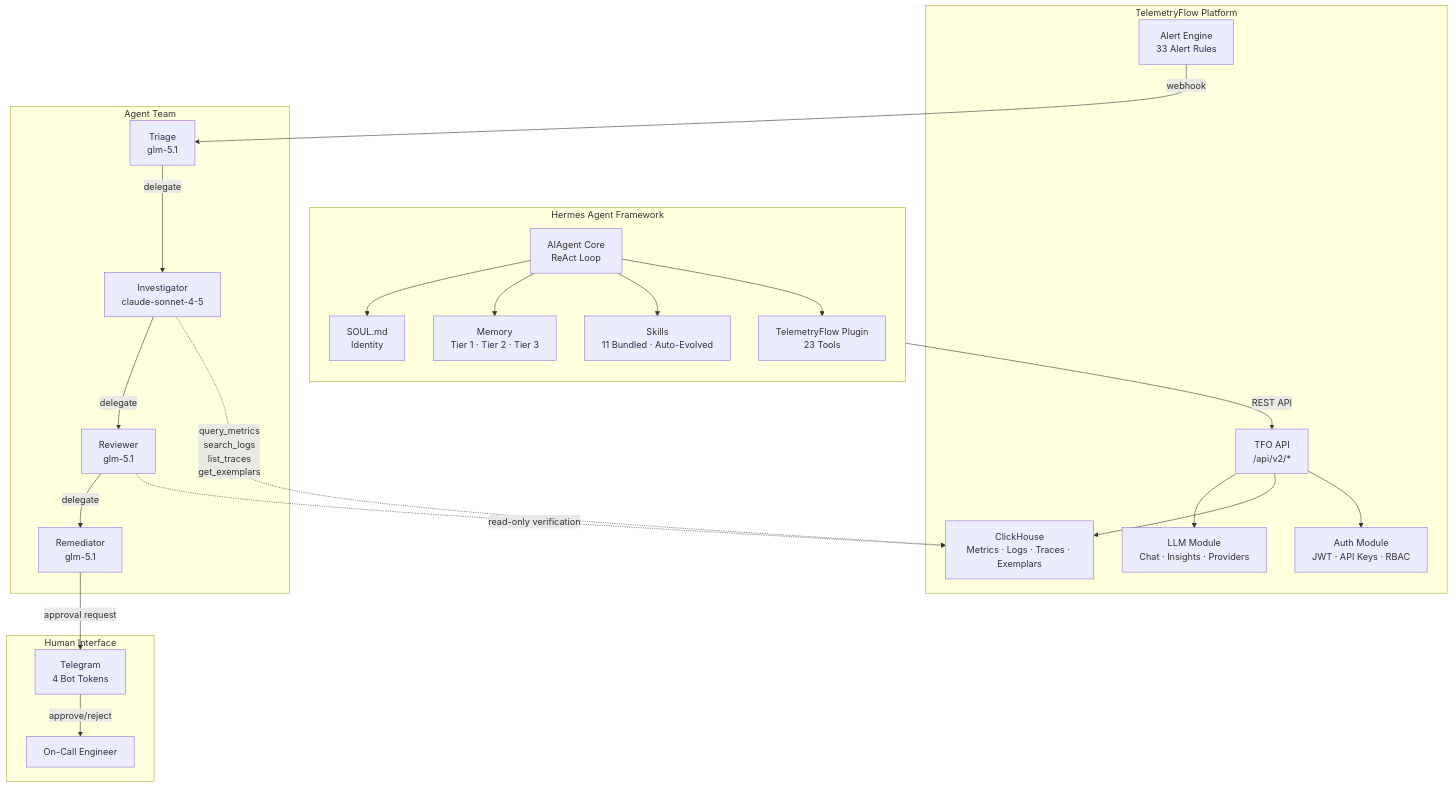
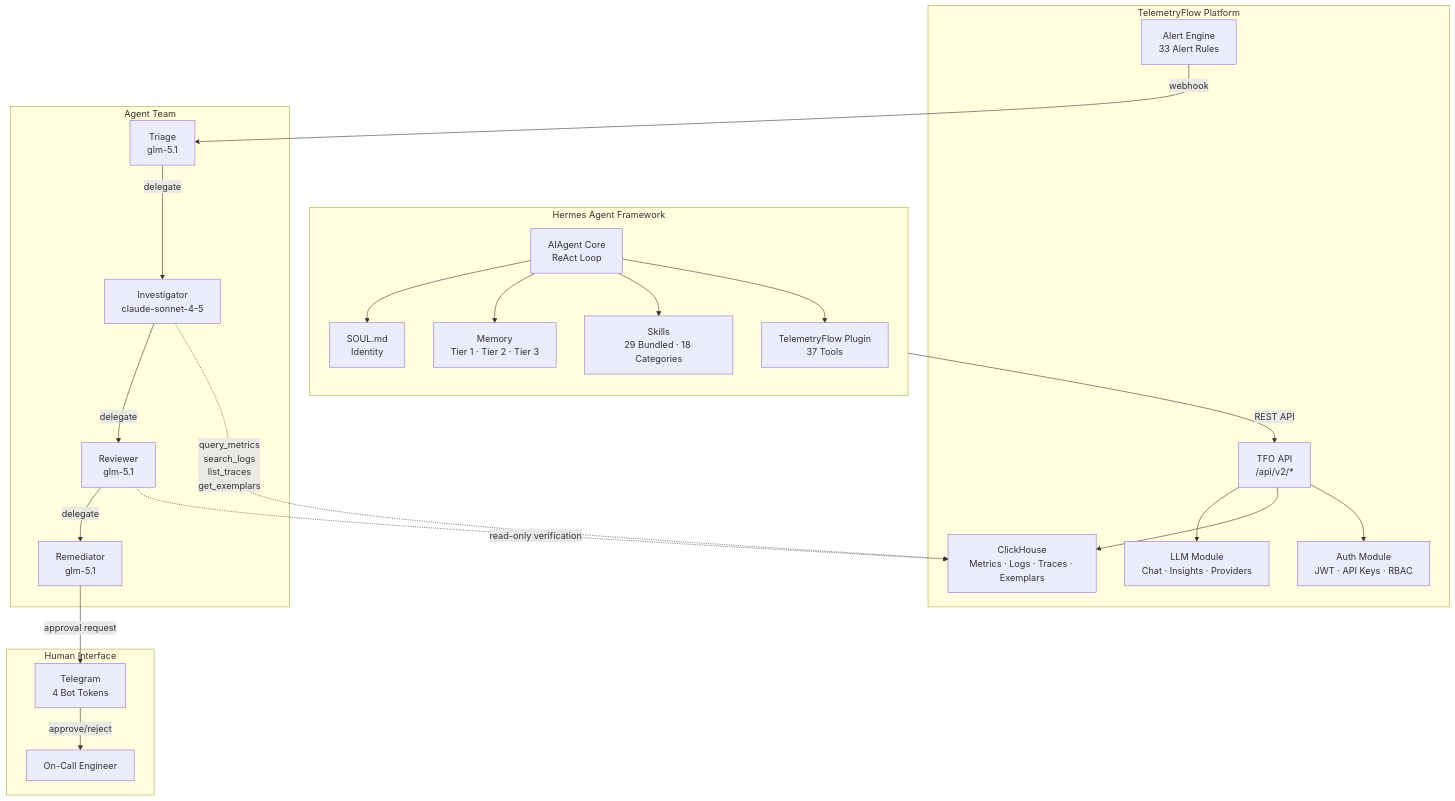
Before and after one commit to telemetryflow/telemetryflow-hermes: the first of 3 diagrams in docs/architecture.md, drawn with Mermaid. The commit also changed other lines of this file and 26 other files, not shown here.

````diff
--- a/docs/architecture.md
+++ b/docs/architecture.md
@@ -7,51 +7,51 @@
 ```mermaid
 graph TB
     subgraph "TelemetryFlow Platform"
         TFO_API["TFO API<br/>/api/v2/*"]
         TFO_LLM["LLM Module<br/>Chat · Insights · Providers"]
         TFO_CH["ClickHouse<br/>Metrics · Logs · Traces · Exemplars"]
         TFO_ALERT["Alert Engine<br/>33 Alert Rules"]
         TFO_AUTH["Auth Module<br/>JWT · API Keys · RBAC"]
     end
 
     subgraph "Hermes Agent Framework"
         direction TB
         H_CORE["AIAgent Core<br/>ReAct Loop"]
         H_SOUL["SOUL.md<br/>Identity"]
         H_MEM["Memory<br/>Tier 1 · Tier 2 · Tier 3"]
-        H_SKILLS["Skills<br/>11 Bundled · Auto-Evolved"]
-        H_PLUGIN["TelemetryFlow Plugin<br/>23 Tools"]
+        H_SKILLS["Skills<br/>29 Bundled · 18 Categories"]
+        H_PLUGIN["TelemetryFlow Plugin<br/>37 Tools"]
     end
 
     subgraph "Agent Team"
         TRIAGE["Triage<br/>glm-5.1"]
         INV["Investigator<br/>claude-sonnet-4-5"]
         REV["Reviewer<br/>glm-5.1"]
         REM["Remediator<br/>glm-5.1"]
     end
 
     subgraph "Human Interface"
         TG["Telegram<br/>4 Bot Tokens"]
         HUMAN["On-Call Engineer"]
     end
 
     TFO_ALERT -->|"webhook"| TRIAGE
     TRIAGE -->|"delegate"| INV
     INV -->|"delegate"| REV
     REV -->|"delegate"| REM
     REM -->|"approval request"| TG
     TG -->|"approve/reject"| HUMAN
 
     H_CORE --> H_SOUL
     H_CORE --> H_MEM
     H_CORE --> H_SKILLS
     H_CORE --> H_PLUGIN
 
     H_PLUGIN -->|"REST API"| TFO_API
     TFO_API --> TFO_LLM
     TFO_API --> TFO_CH
     TFO_API --> TFO_AUTH
 
     INV -.->|"query_metrics<br/>search_logs<br/>list_traces<br/>get_exemplars"| TFO_CH
     REV -.->|"read-only verification"| TFO_CH
 ```
````
